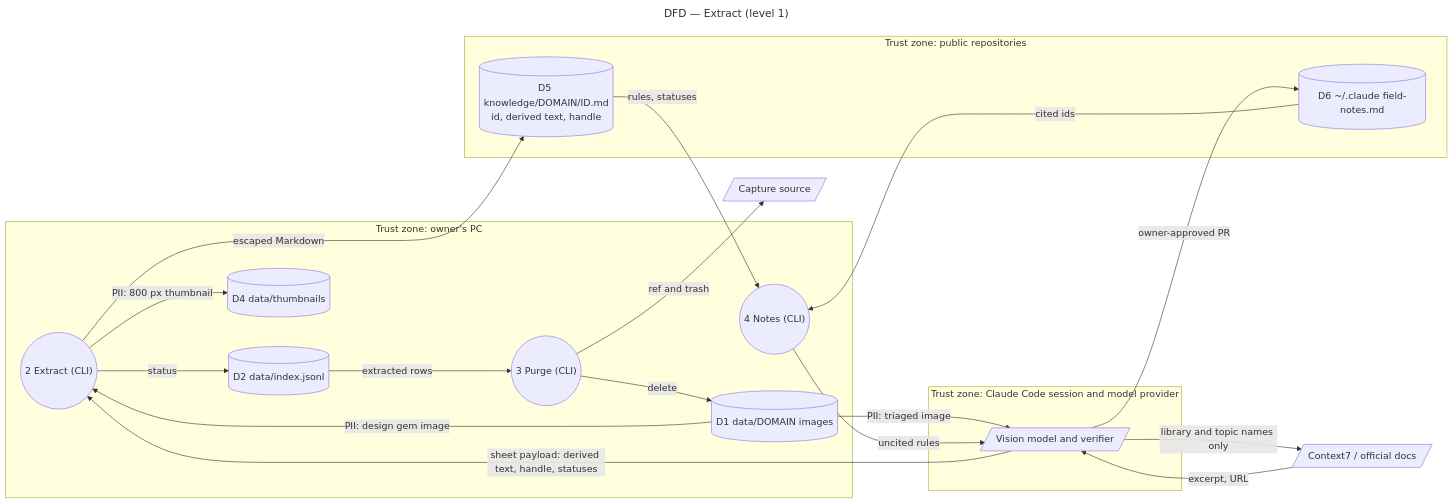
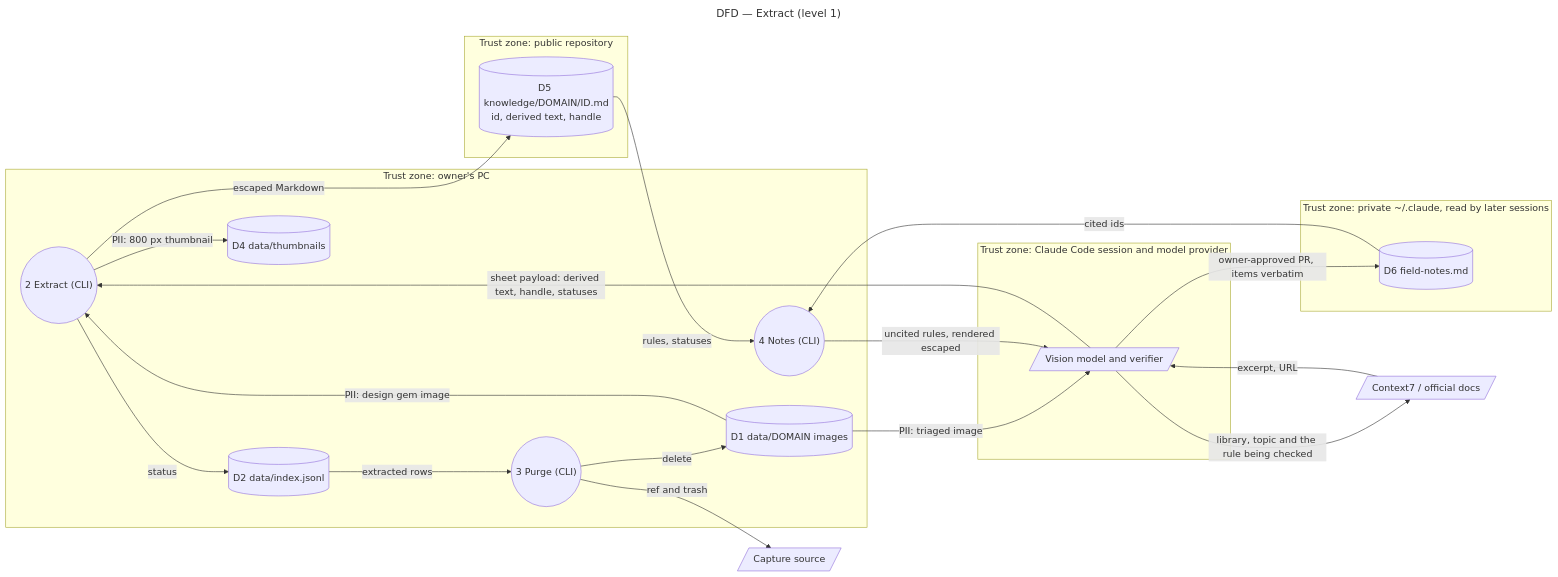
Before and after one commit to benoit-bremaud/screenshot-triage: the diagram in docs/architecture/diagrams/extract/06-data-flow.md, drawn with Mermaid. The commit also changed other lines of this file and 12 other files, not shown here.

First line of the commit message:
docs(extract/architecture): fix review round 1 findings

````diff
--- a/docs/architecture/diagrams/extract/06-data-flow.md
+++ b/docs/architecture/diagrams/extract/06-data-flow.md
@@ -13,38 +13,40 @@
 ```mermaid
 ---
 title: DFD — Extract (level 1)
 ---
 flowchart LR
   subgraph PC ["Trust zone: owner's PC"]
     P2(("2 Extract (CLI)"))
     P3(("3 Purge (CLI)"))
     P4(("4 Notes (CLI)"))
     Images[("D1 data/DOMAIN images")]
     Index[("D2 data/index.jsonl")]
     Thumbs[("D4 data/thumbnails")]
   end
   subgraph Provider ["Trust zone: Claude Code session and model provider"]
     Session[/"Vision model and verifier"/]
   end
   Docs[/"Context7 / official docs"/]
   Source[/"Capture source"/]
-  subgraph Git ["Trust zone: public repositories"]
+  subgraph Git ["Trust zone: public repository"]
     Sheets[("D5 knowledge/DOMAIN/ID.md<br/>id, derived text, handle")]
-    Field[("D6 ~/.claude field-notes.md")]
+  end
+  subgraph Conf ["Trust zone: private ~/.claude, read by later sessions"]
+    Field[("D6 field-notes.md")]
   end
   Images -->|"PII: triaged image"| Session
-  Session -->|"library and topic names only"| Docs
+  Session -->|"library, topic and the rule being checked"| Docs
   Docs -->|"excerpt, URL"| Session
   Session -->|"sheet payload: derived text, handle, statuses"| P2
   P2 -->|"escaped Markdown"| Sheets
   Images -->|"PII: design gem image"| P2
   P2 -->|"PII: 800 px thumbnail"| Thumbs
   P2 -->|"status"| Index
   Index -->|"extracted rows"| P3
   P3 -->|"ref and trash"| Source
   P3 -->|"delete"| Images
   Sheets -->|"rules, statuses"| P4
   Field -->|"cited ids"| P4
-  P4 -->|"uncited rules"| Session
-  Session -->|"owner-approved PR"| Field
+  P4 -->|"uncited rules, rendered escaped"| Session
+  Session -->|"owner-approved PR, items verbatim"| Field
 ```
````
